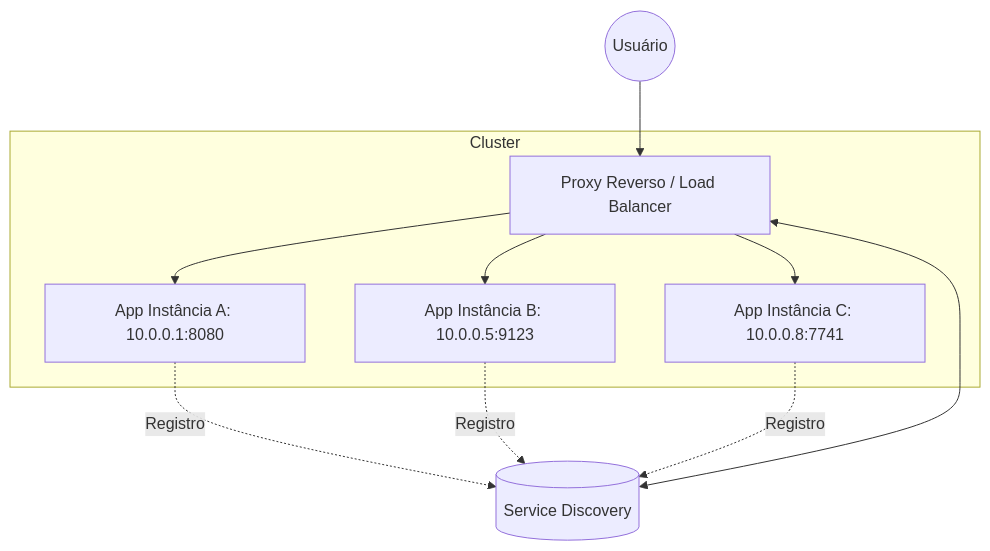
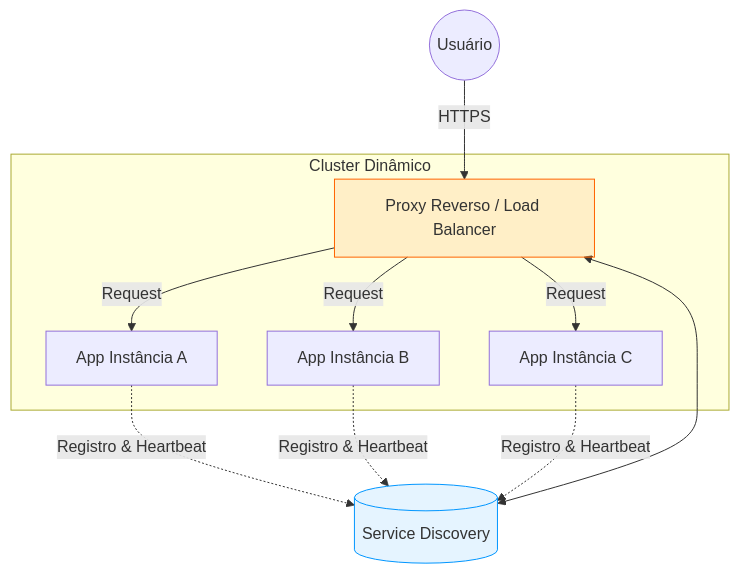
One commit to AugustoSavi/blog changed the diagram in _posts/2026-03-11-proxy-reverso-service-discovery-escalonamento.md. Above: the diagram before and after it, drawn with Mermaid. The commit also changed other lines of this file and 3 other files, not shown here.

````diff
--- a/_posts/2026-03-11-proxy-reverso-service-discovery-escalonamento.md
+++ b/_posts/2026-03-11-proxy-reverso-service-discovery-escalonamento.md
@@ -16,13 +18,16 @@
 ```mermaid
 flowchart TD
-    User((Usuário)) --> Proxy[Proxy Reverso / Load Balancer]
-    subgraph Cluster
-        Proxy --> App1[App Instância A: 10.0.0.1:8080]
-        Proxy --> App2[App Instância B: 10.0.0.5:9123]
-        Proxy --> App3[App Instância C: 10.0.0.8:7741]
+    User((Usuário)) -- HTTPS --> Proxy[Proxy Reverso / Load Balancer]
+    subgraph "Cluster Dinâmico"
+        Proxy -- Request --> App1[App Instância A]
+        Proxy -- Request --> App2[App Instância B]
+        Proxy -- Request --> App3[App Instância C]
     end
     SD[(Service Discovery)] <--> Proxy
-    App1 -. Registro .-> SD
-    App2 -. Registro .-> SD
-    App3 -. Registro .-> SD
+    App1 -. Registro & Heartbeat .-> SD
+    App2 -. Registro & Heartbeat .-> SD
+    App3 -. Registro & Heartbeat .-> SD
+    
+    style SD fill:#0096ff,fill-opacity:0.1,stroke:#0096ff
+    style Proxy fill:#ff6400,fill-opacity:0.1,stroke:#ff6400
 ```
````
